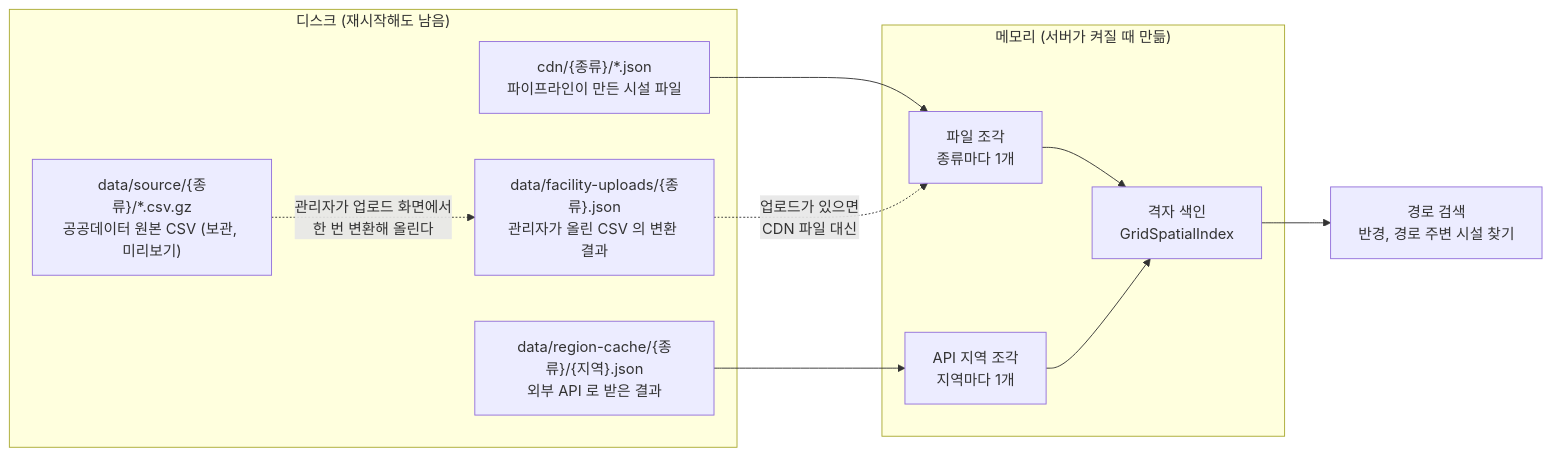
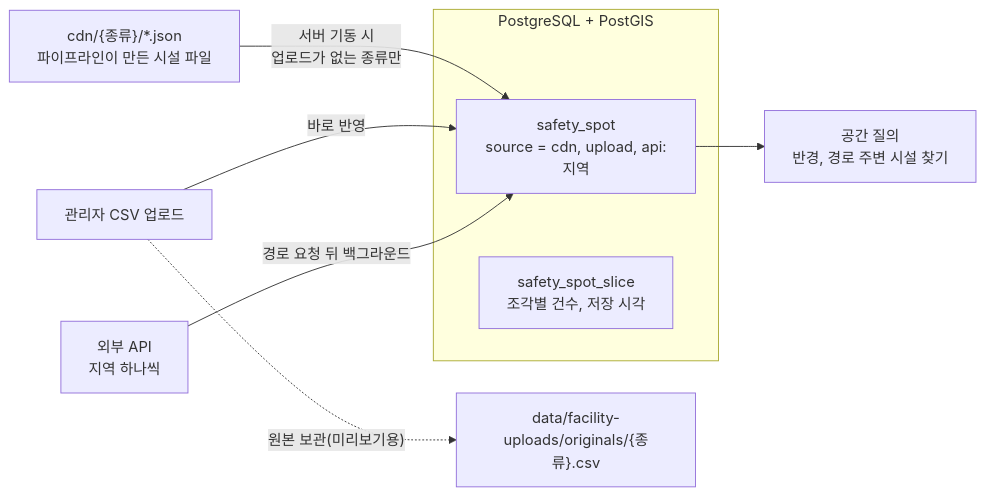
Before and after one commit to soo-ai-agent/bueongi-backend: the first of 4 diagrams in docs/DATA_STORAGE.md, drawn with Mermaid. The commit also changed other lines of this file and 11 other files, not shown here.

First line of the commit message:
docs(backend): 안심시설 저장 문서를 PostGIS 구조로 갱신

````diff
--- a/docs/DATA_STORAGE.md
+++ b/docs/DATA_STORAGE.md
@@ -79,23 +83,17 @@
 ```mermaid
 flowchart LR
-    subgraph DISK["디스크 (재시작해도 남음)"]
-        CDN["cdn/{종류}/*.json<br/>파이프라인이 만든 시설 파일"]
-        CSV["data/source/{종류}/*.csv.gz<br/>공공데이터 원본 CSV (보관, 미리보기)"]
-        UP["data/facility-uploads/{종류}.json<br/>관리자가 올린 CSV 의 변환 결과"]
-        RC["data/region-cache/{종류}/{지역}.json<br/>외부 API 로 받은 결과"]
+    CDN["cdn/{종류}/*.json<br/>파이프라인이 만든 시설 파일"]
+    CSV["관리자 CSV 업로드"]
+    API["외부 API<br/>지역 하나씩"]
+
+    subgraph DB["PostgreSQL + PostGIS"]
+        SPOT["safety_spot<br/>source = cdn, upload, api:지역"]
+        SLICE["safety_spot_slice<br/>조각별 건수, 저장 시각"]
     end
 
-    subgraph MEM["메모리 (서버가 켜질 때 만듦)"]
-        FILE["파일 조각<br/>종류마다 1개"]
-        API["API 지역 조각<br/>지역마다 1개"]
-        IDX["격자 색인<br/>GridSpatialIndex"]
-    end
-
-    CDN --> FILE
-    CSV -. "관리자가 업로드 화면에서<br/>한 번 변환해 올린다" .-> UP
-    UP -. "업로드가 있으면<br/>CDN 파일 대신" .-> FILE
-    RC --> API
-    FILE --> IDX
-    API --> IDX
-    IDX --> QUERY["경로 검색<br/>반경, 경로 주변 시설 찾기"]
+    CDN -- "서버 기동 시<br/>업로드가 없는 종류만" --> SPOT
+    CSV -- "바로 반영" --> SPOT
+    API -- "경로 요청 뒤 백그라운드" --> SPOT
+    SPOT --> QUERY["공간 질의<br/>반경, 경로 주변 시설 찾기"]
+    CSV -. "원본 보관(미리보기용)" .-> ORIG["data/facility-uploads/originals/{종류}.csv"]
 ```
````
